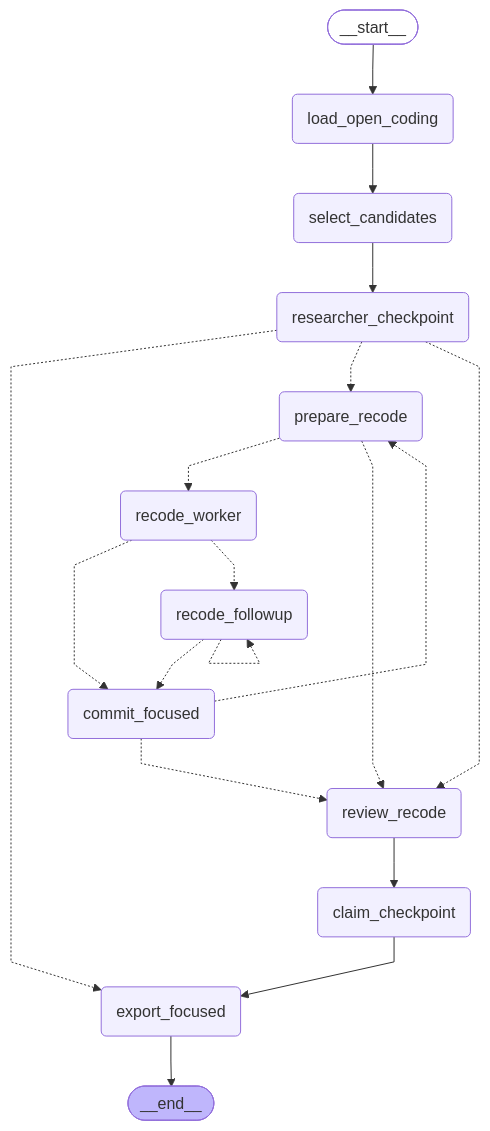
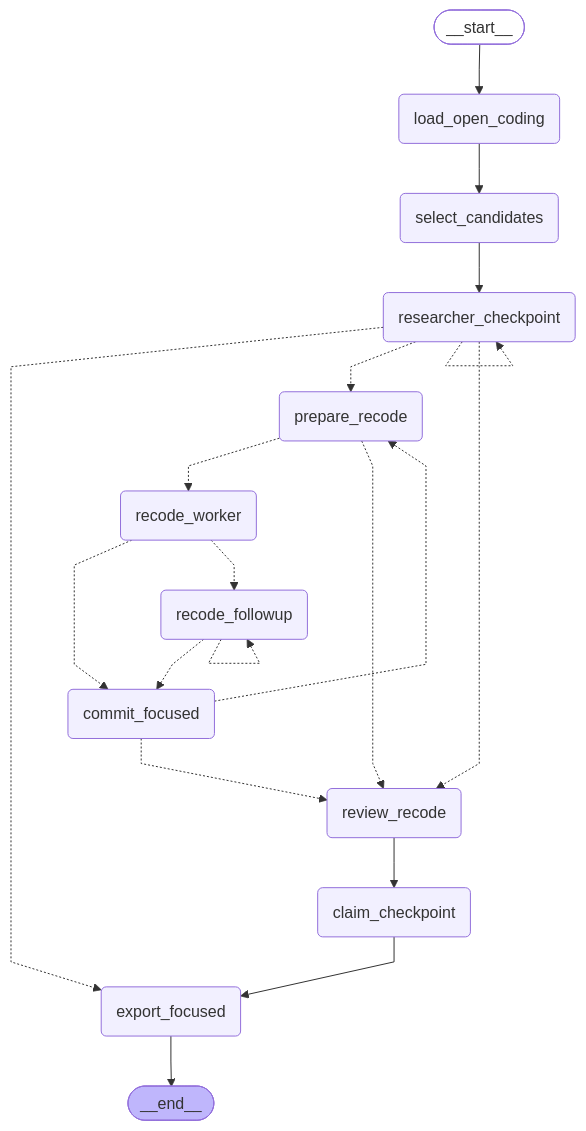
The second of 5 diagrams in README.md (davidscassell/automated-grounded-theory), drawn with Mermaid before and after one commit. The commit also changed other lines of this file and 58 other files, not shown here.

````diff
--- a/README.md
+++ b/README.md
@@ -109,40 +109,41 @@
 ```mermaid
 ---
 config:
   flowchart:
     curve: linear
 ---
 graph TD;
 	__start__([<p>__start__</p>]):::first
 	load_open_coding(load_open_coding)
 	select_candidates(select_candidates)
 	researcher_checkpoint(researcher_checkpoint)
 	prepare_recode(prepare_recode)
 	recode_worker(recode_worker)
 	recode_followup(recode_followup)
 	commit_focused(commit_focused)
 	review_recode(review_recode)
 	claim_checkpoint(claim_checkpoint)
 	export_focused(export_focused)
 	__end__([<p>__end__</p>]):::last
 	__start__ --> load_open_coding;
 	claim_checkpoint --> export_focused;
 	commit_focused -.-> prepare_recode;
 	commit_focused -.-> review_recode;
 	load_open_coding --> select_candidates;
 	prepare_recode -.-> recode_worker;
 	prepare_recode -.-> review_recode;
 	recode_followup -.-> commit_focused;
 	recode_worker -.-> commit_focused;
 	recode_worker -.-> recode_followup;
 	researcher_checkpoint -.-> export_focused;
 	researcher_checkpoint -.-> prepare_recode;
 	researcher_checkpoint -.-> review_recode;
 	review_recode --> claim_checkpoint;
 	select_candidates --> researcher_checkpoint;
 	export_focused --> __end__;
 	recode_followup -.-> recode_followup;
+	researcher_checkpoint -.-> researcher_checkpoint;
 	classDef default fill:#f2f0ff,line-height:1.2
 	classDef first fill-opacity:0
 	classDef last fill:#bfb6fc
 ```
````
